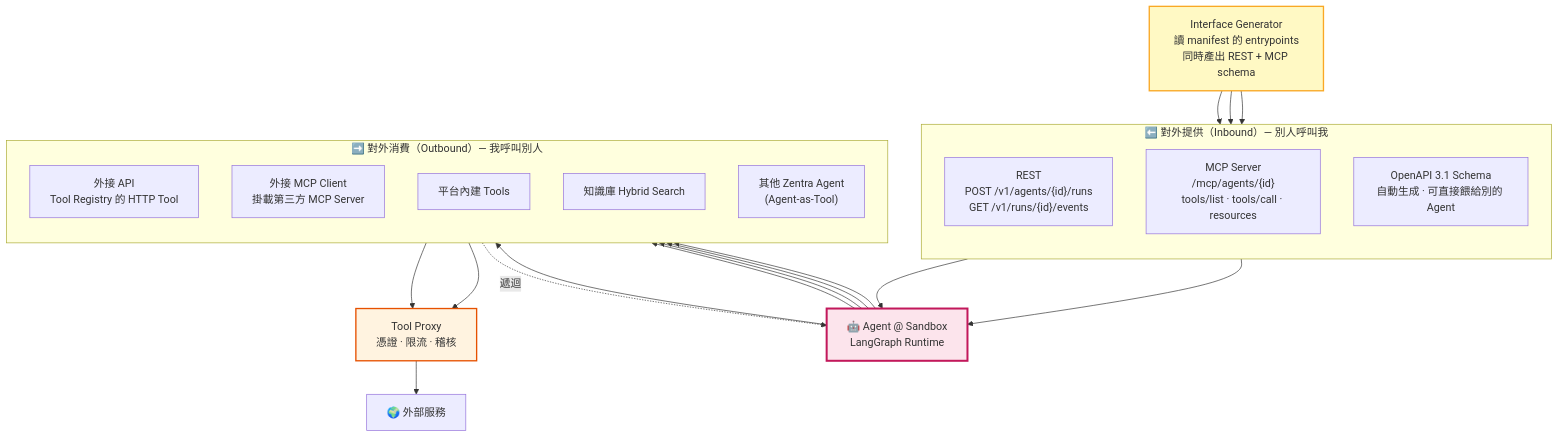
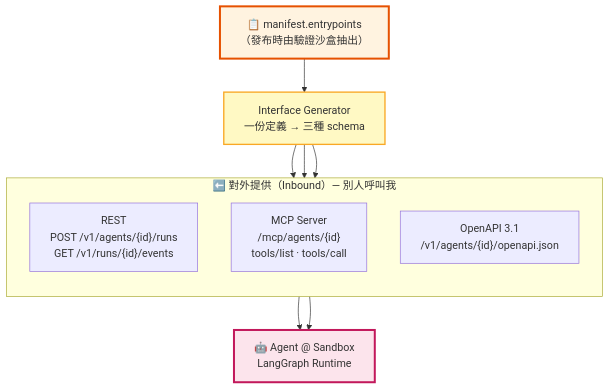
One commit to william9998/Zentra changed the ninth of 11 diagrams in docs/architecture/detailed-architecture.md. Above: the diagram before and after it, drawn with Mermaid. The commit also changed other lines of this file and 50 other files, not shown here.

````diff
--- a/docs/architecture/detailed-architecture.md
+++ b/docs/architecture/detailed-architecture.md
@@ -512,31 +418,20 @@
 ```mermaid
 graph TB
     subgraph IN["⬅️ 對外提供（Inbound）— 別人呼叫我"]
         direction TB
         I1["REST<br/>POST /v1/agents/{id}/runs<br/>GET /v1/runs/{id}/events"]
-        I2["MCP Server<br/>/mcp/agents/{id}<br/>tools/list · tools/call · resources"]
-        I3["OpenAPI 3.1 Schema<br/>自動生成 · 可直接餵給別的 Agent"]
+        I2["MCP Server<br/>/mcp/agents/{id}<br/>tools/list · tools/call"]
+        I3["OpenAPI 3.1<br/>/v1/agents/{id}/openapi.json"]
     end
 
+    MANIFEST["📋 manifest.entrypoints<br/>（發布時由驗證沙盒抽出）"]
+    GEN["Interface Generator<br/>一份定義 → 三種 schema"]
     AGENT["🤖 Agent @ Sandbox<br/>LangGraph Runtime"]
 
-    subgraph OUT["➡️ 對外消費（Outbound）— 我呼叫別人"]
-        direction TB
-        O1["外接 API<br/>Tool Registry 的 HTTP Tool"]
-        O2["外接 MCP Client<br/>掛載第三方 MCP Server"]
-        O3["平台內建 Tools"]
-        O4["知識庫 Hybrid Search"]
-        O5["其他 Zentra Agent<br/>(Agent-as-Tool)"]
-    end
-
-    GEN["Interface Generator<br/>讀 manifest 的 entrypoints<br/>同時產出 REST + MCP schema"]
-    GEN --> I1 & I2 & I3
+    MANIFEST --> GEN --> I1 & I2 & I3
     I1 & I2 --> AGENT
-    AGENT --> O1 & O2 & O3 & O4 & O5
-    O1 & O2 --> PROXY["Tool Proxy<br/>憑證 · 限流 · 稽核"] --> WORLD["🌍 外部服務"]
-    O5 -.遞迴.-> AGENT
 
     style AGENT fill:#fce4ec,stroke:#c2185b,stroke-width:3px
     style GEN fill:#fff9c4,stroke:#f9a825,stroke-width:2px
-    style PROXY fill:#fff3e0,stroke:#e65100,stroke-width:2px
+    style MANIFEST fill:#fff3e0,stroke:#e65100,stroke-width:3px
 ```
````
